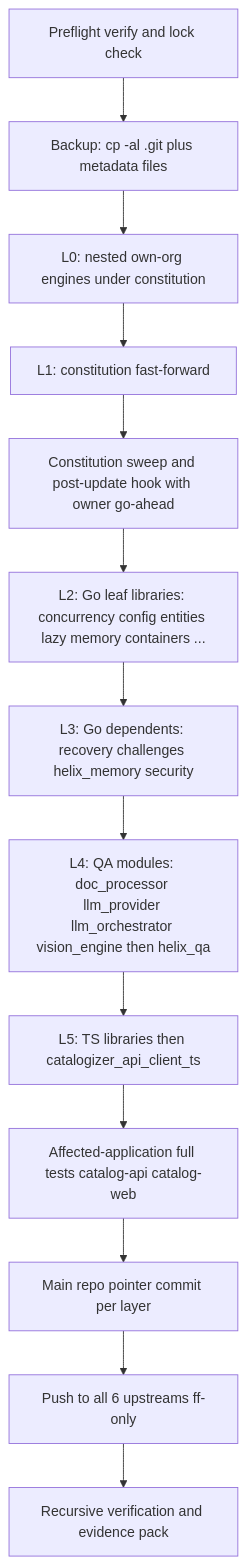
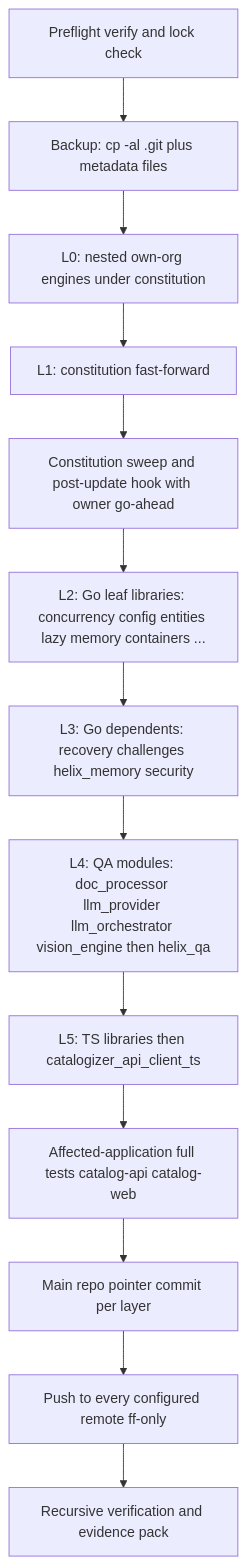
One commit to vasic-digital/catalogizer changed the second of 4 diagrams in specs/001-full-project-audit-remediation/docs/11-submodules-audit-and-update-runbook.md. Above: the diagram before and after it, drawn with Mermaid. The commit also changed other lines of this file and 13 other files, not shown here.

````diff
--- a/specs/001-full-project-audit-remediation/docs/11-submodules-audit-and-update-runbook.md
+++ b/specs/001-full-project-audit-remediation/docs/11-submodules-audit-and-update-runbook.md
@@ -280,15 +280,15 @@
 ```mermaid
 flowchart TD
   A[Preflight verify and lock check] --> B[Backup: cp -al .git plus metadata files]
   B --> C[L0: nested own-org engines under constitution]
   C --> D[L1: constitution fast-forward]
   D --> E[Constitution sweep and post-update hook with owner go-ahead]
   E --> F[L2: Go leaf libraries: concurrency config entities lazy memory containers ...]
   F --> G[L3: Go dependents: recovery challenges helix_memory security]
   G --> H[L4: QA modules: doc_processor llm_provider llm_orchestrator vision_engine then helix_qa]
   H --> I[L5: TS libraries then catalogizer_api_client_ts]
   I --> J[Affected-application full tests catalog-api catalog-web]
   J --> K[Main repo pointer commit per layer]
-  K --> L[Push to all 6 upstreams ff-only]
+  K --> L[Push to every configured remote ff-only]
   L --> M[Recursive verification and evidence pack]
 ```
````
